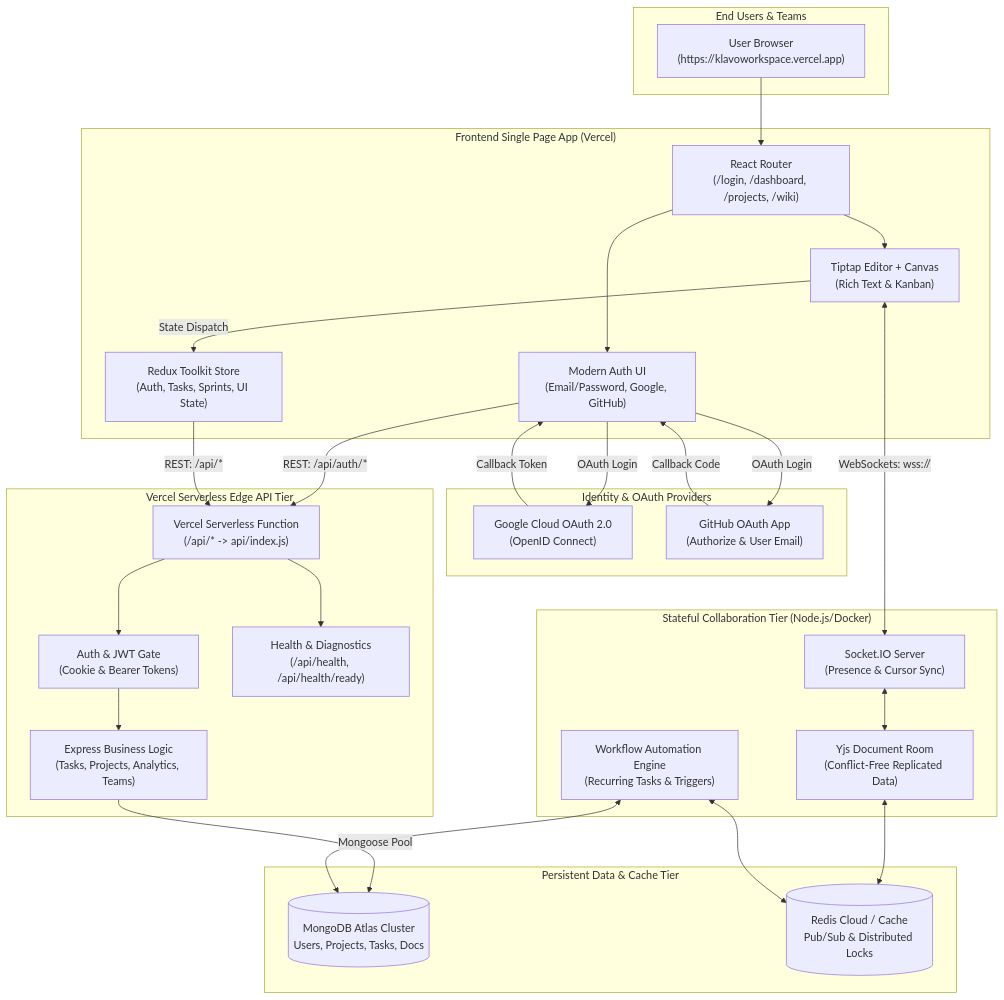
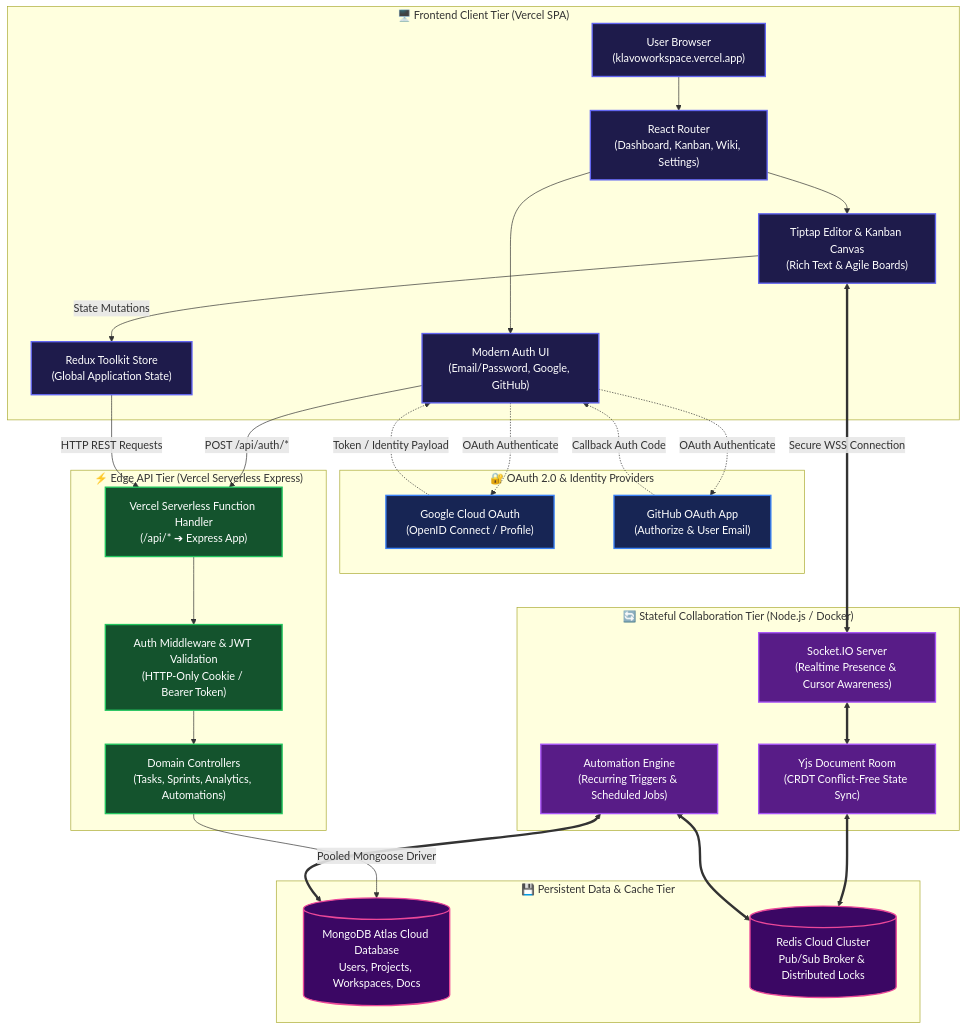
Before and after one commit to thisisanimesh01/Klavo: the diagram in README.md, drawn with Mermaid. The commit also changed other lines of this file, not shown here.

Commit message:
docs: center system architecture workflow diagram and refine styling (#150)

````diff
--- a/README.md
+++ b/README.md
@@ -15,63 +17,71 @@
 ```mermaid
-flowchart TD
-    %% User entry and client layer
-    subgraph Users["End Users & Teams"]
-        Browser["User Browser\n(https://klavoworkspace.vercel.app)"]
+graph TD
+    classDef client fill:#1e1b4b,stroke:#6366f1,stroke-width:2px,color:#ffffff;
+    classDef auth fill:#172554,stroke:#3b82f6,stroke-width:2px,color:#ffffff;
+    classDef edge fill:#14532d,stroke:#22c55e,stroke-width:2px,color:#ffffff;
+    classDef realtime fill:#581c87,stroke:#a855f7,stroke-width:2px,color:#ffffff;
+    classDef storage fill:#3b0764,stroke:#ec4899,stroke-width:2px,color:#ffffff;
+
+    subgraph ClientLayer["🖥️ Frontend Client Tier (Vercel SPA)"]
+        Browser["User Browser<br/>(klavoworkspace.vercel.app)"]
+        Router["React Router<br/>(Dashboard, Kanban, Wiki, Settings)"]
+        AuthUI["Modern Auth UI<br/>(Email/Password, Google, GitHub)"]
+        State["Redux Toolkit Store<br/>(Global Application State)"]
+        Editor["Tiptap Editor & Kanban Canvas<br/>(Rich Text & Agile Boards)"]
     end
 
-    subgraph ClientApp["Frontend Single Page App (Vercel)"]
-        Router["React Router\n(/login, /dashboard, /projects, /wiki)"]
-        AuthUI["Modern Auth UI\n(Email/Password, Google, GitHub)"]
-        State["Redux Toolkit Store\n(Auth, Tasks, Sprints, UI State)"]
-        CollabUI["Tiptap Editor + Canvas\n(Rich Text & Kanban)"]
+    subgraph IdentityLayer["🔐 OAuth 2.0 & Identity Providers"]
+        Google["Google Cloud OAuth<br/>(OpenID Connect / Profile)"]
+        GitHub["GitHub OAuth App<br/>(Authorize & User Email)"]
     end
 
-    subgraph Identity["Identity & OAuth Providers"]
-        Google["Google Cloud OAuth 2.0\n(OpenID Connect)"]
-        GitHub["GitHub OAuth App\n(Authorize & User Email)"]
+    subgraph ServerlessLayer["⚡ Edge API Tier (Vercel Serverless Express)"]
+        ApiGateway["Vercel Serverless Function Handler<br/>(/api/* ➔ Express App)"]
+        AuthGuard["Auth Middleware & JWT Validation<br/>(HTTP-Only Cookie / Bearer Token)"]
+        Controllers["Domain Controllers<br/>(Tasks, Sprints, Analytics, Automations)"]
     end
 
-    subgraph EdgeTier["Vercel Serverless Edge API Tier"]
-        ApiGateway["Vercel Serverless Function\n(/api/* -> api/index.js)"]
-        AuthModule["Auth & JWT Gate\n(Cookie & Bearer Tokens)"]
-        Controllers["Express Business Logic\n(Tasks, Projects, Analytics, Teams)"]
-        HealthModule["Health & Diagnostics\n(/api/health, /api/health/ready)"]
+    subgraph RealtimeLayer["🔄 Stateful Collaboration Tier (Node.js / Docker)"]
+        SocketServer["Socket.IO Server<br/>(Realtime Presence & Cursor Awareness)"]
+        CRDTRoom["Yjs Document Room<br/>(CRDT Conflict-Free State Sync)"]
+        AutomationCron["Automation Engine<br/>(Recurring Triggers & Scheduled Jobs)"]
     end
 
-    subgraph RealtimeTier["Stateful Collaboration Tier (Node.js/Docker)"]
-        SocketServer["Socket.IO Server\n(Presence & Cursor Sync)"]
-        CRDTServer["Yjs Document Room\n(Conflict-Free Replicated Data)"]
-        CronEngine["Workflow Automation Engine\n(Recurring Tasks & Triggers)"]
+    subgraph StorageLayer["💾 Persistent Data & Cache Tier"]
+        MongoAtlas[("MongoDB Atlas Cloud Database<br/>Users, Projects, Workspaces, Docs")]
+        RedisCache[("Redis Cloud Cluster<br/>Pub/Sub Broker & Distributed Locks")]
     end
 
-    subgraph StorageTier["Persistent Data & Cache Tier"]
-        Mongo[(MongoDB Atlas Cluster\nUsers, Projects, Tasks, Docs)]
-        Redis[(Redis Cloud / Cache\nPub/Sub & Distributed Locks)]
-    end
-
-    %% Flow connections
+    %% Client Interactions
     Browser --> Router
     Router --> AuthUI
-    Router --> CollabUI
+    Router --> Editor
 
-    AuthUI -->|OAuth Login| Google
-    AuthUI -->|OAuth Login| GitHub
-    Google -->|Callback Token| AuthUI
-    GitHub -->|Callback Code| AuthUI
+    %% OAuth Flows
+    AuthUI -.->|OAuth Authenticate| Google
+    AuthUI -.->|OAuth Authenticate| GitHub
+    Google -.->|Token / Identity Payload| AuthUI
+    GitHub -.->|Callback Auth Code| AuthUI
 
-    AuthUI -->|REST: /api/auth/*| ApiGateway
-    CollabUI -->|State Dispatch| State
-    State -->|REST: /api/*| ApiGateway
+    %% API REST Connections
+    AuthUI -->|POST /api/auth/*| ApiGateway
+    Editor -->|State Mutations| State
+    State -->|HTTP REST Requests| ApiGateway
 
-    ApiGateway --> AuthModule
-    AuthModule --> Controllers
-    ApiGateway --> HealthModule
+    ApiGateway --> AuthGuard
+    AuthGuard --> Controllers
+    Controllers -->|Pooled Mongoose Driver| MongoAtlas
 
-    Controllers -->|Mongoose Pool| Mongo
+    %% Real-time Socket & CRDT Connections
+    Editor <==>|Secure WSS Connection| SocketServer
+    SocketServer <==> CRDTRoom
+    CRDTRoom <==> RedisCache
+    AutomationCron <==> MongoAtlas
+    AutomationCron <==> RedisCache
 
-    CollabUI <-->|WebSockets: wss://| SocketServer
-    SocketServer <--> CRDTServer
-    CRDTServer <--> Redis
-    CronEngine <--> Mongo
-    CronEngine <--> Redis
+    class Browser,Router,AuthUI,State,Editor client;
+    class Google,GitHub auth;
+    class ApiGateway,AuthGuard,Controllers edge;
+    class SocketServer,CRDTRoom,AutomationCron realtime;
+    class MongoAtlas,RedisCache storage;
 ```
````
